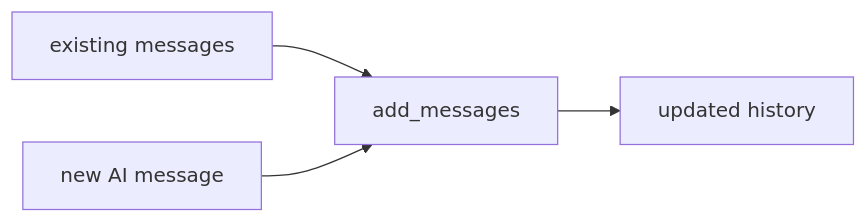
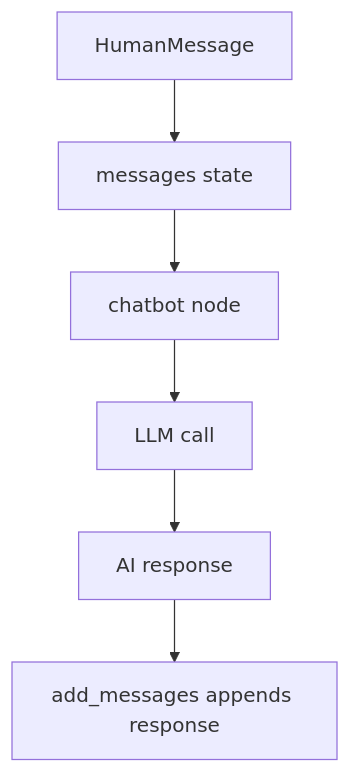
The second of 2 diagrams in 3_LLM_Messages/README.md (Walid-Ahmed/langgraph-tutorials), drawn with Mermaid before and after one commit. The commit also changed other lines of this file and 3 other files, not shown here.

````diff
--- a/3_LLM_Messages/README.md
+++ b/3_LLM_Messages/README.md
@@ -30,6 +21,8 @@
 ```mermaid
-flowchart LR
-    HISTORY["existing messages"] --> ADD["add_messages"]
-    AI["new AI message"] --> ADD
-    ADD --> UPDATED["updated history"]
+flowchart TD
+    A["HumanMessage"] --> B["messages state"]
+    B --> C["chatbot node"]
+    C --> D["LLM call"]
+    D --> E["AI response"]
+    E --> F["add_messages appends response"]
 ```
````
